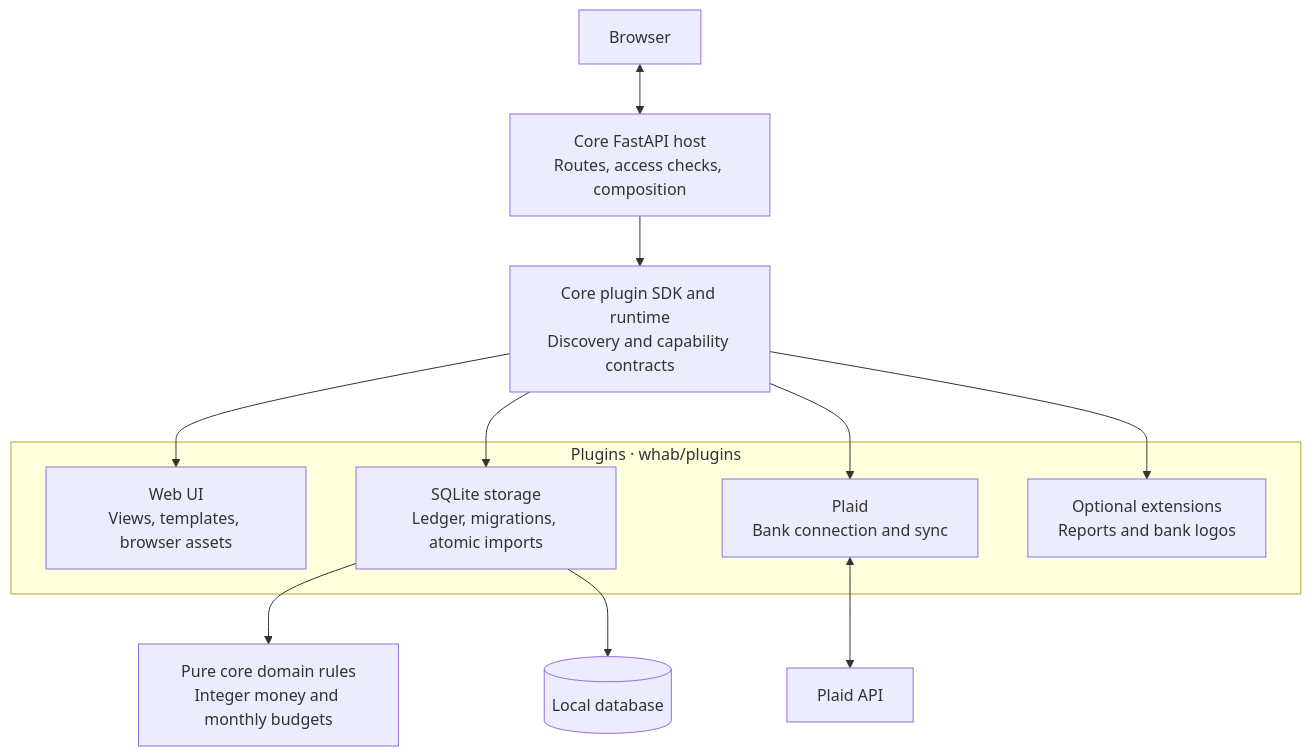
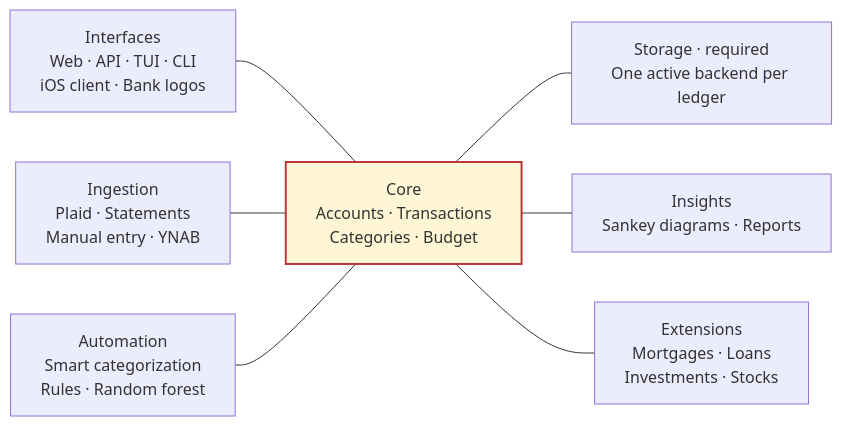
Before and after one commit to Fillll/whab: the diagram in README.md, drawn with Mermaid. The commit also changed other lines of this file and 4 other files, not shown here.

Commit message:
Redraw target architecture around a minimal financial core (#15)

````diff
--- a/README.md
+++ b/README.md
@@ -23,23 +23,13 @@
 ```mermaid
-flowchart TD
-    Browser["Browser"] <--> Host
+flowchart LR
+    Interfaces["Interfaces<br/>Web · API · TUI · CLI<br/>iOS client · Bank logos"] --- Core
+    Ingestion["Ingestion<br/>Plaid · Statements<br/>Manual entry · YNAB"] --- Core
+    Automation["Automation<br/>Smart categorization<br/>Rules · Random forest"] --- Core
 
-    Host["Core FastAPI host<br/>Routes, access checks, composition"]
-    SDK["Core plugin SDK and runtime<br/>Discovery and capability contracts"]
-    Host --> SDK
+    Core["Core<br/>Accounts · Transactions<br/>Categories · Budget"] --- Storage["Storage · required<br/>One active backend per ledger"]
+    Core --- Insights["Insights<br/>Sankey diagrams · Reports"]
+    Core --- Extensions["Extensions<br/>Mortgages · Loans<br/>Investments · Stocks"]
 
-    subgraph Plugins["Plugins · whab/plugins"]
-        Web["Web UI<br/>Views, templates, browser assets"]
-        SQLite["SQLite storage<br/>Ledger, migrations, atomic imports"]
-        Plaid["Plaid<br/>Bank connection and sync"]
-        Extensions["Optional extensions<br/>Reports and bank logos"]
-    end
-
-    SDK --> Web
-    SDK --> SQLite
-    SDK --> Plaid
-    SDK --> Extensions
-    SQLite --> Domain["Pure core domain rules<br/>Integer money and monthly budgets"]
-    SQLite --> Database[("Local database")]
-    Plaid <--> PlaidAPI["Plaid API"]
+    classDef domain fill:#fff6d6,stroke:#b83a36,stroke-width:2px
+    class Core domain
 ```
````
